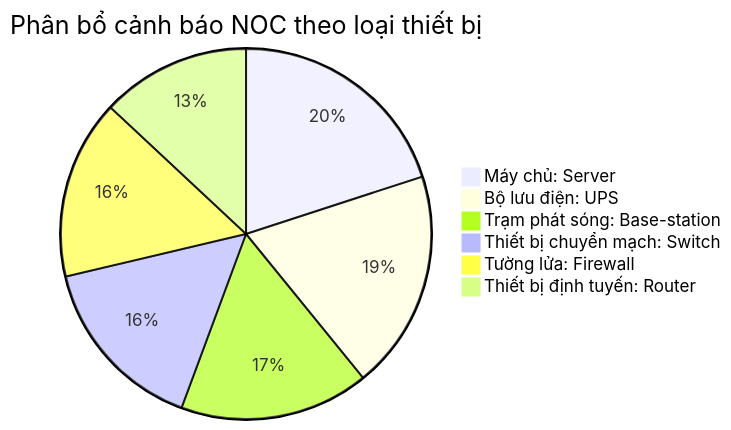
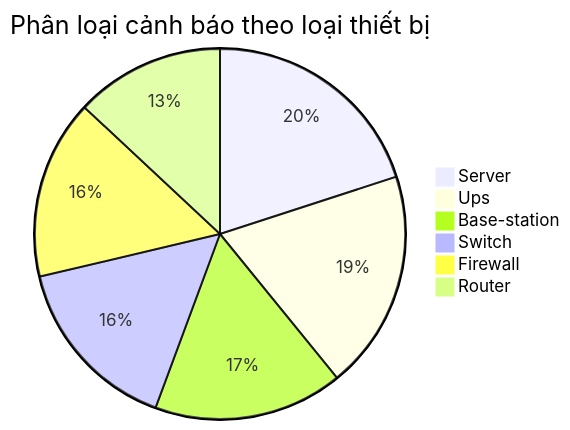
One commit to vtn-bootcamp-2026/vtn-student-kit changed the diagram in 03-practices/day-01/session-01-use-case-selection/outputs/noc-alert-sanitized-report.md. Above: the diagram before and after it, drawn with Mermaid. The commit also changed other lines of this file and 31 other files, not shown here.

````diff
--- a/03-practices/day-01/session-01-use-case-selection/outputs/noc-alert-sanitized-report.md
+++ b/03-practices/day-01/session-01-use-case-selection/outputs/noc-alert-sanitized-report.md
@@ -43,9 +29,9 @@
 ```mermaid
-pie title Phân bổ cảnh báo NOC theo loại thiết bị
-    "Máy chủ: Server" : 23
-    "Bộ lưu điện: UPS" : 22
-    "Trạm phát sóng: Base-station" : 19
-    "Thiết bị chuyển mạch: Switch" : 18
-    "Tường lửa: Firewall" : 18
-    "Thiết bị định tuyến: Router" : 15
+pie title Phân loại cảnh báo theo loại thiết bị
+    "Server" : 23
+    "Ups" : 22
+    "Base-station" : 19
+    "Switch" : 18
+    "Firewall" : 18
+    "Router" : 15
 ```
````
